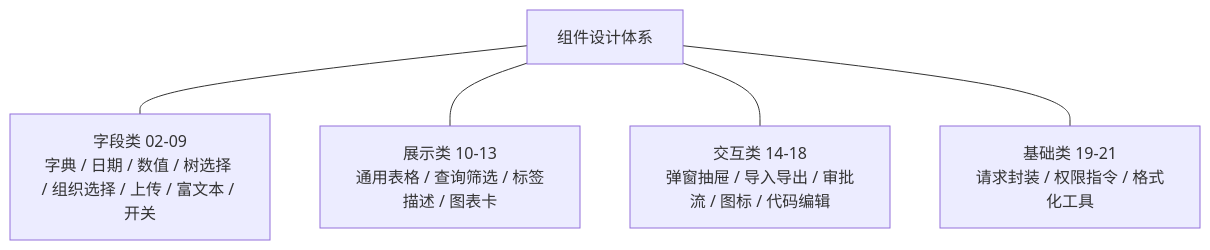
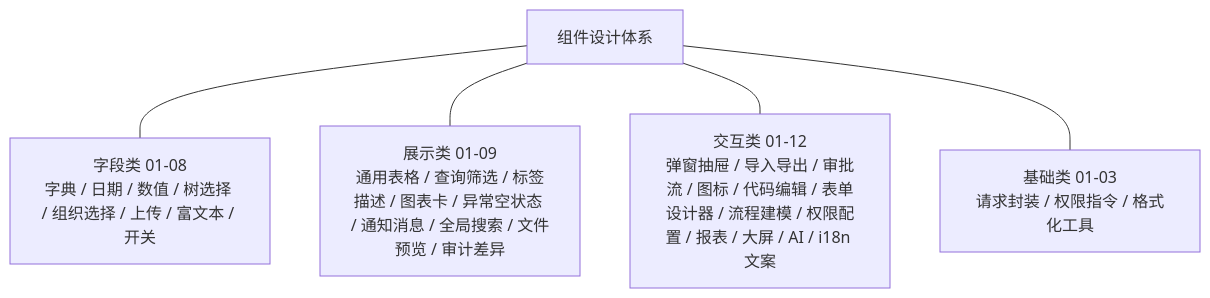
Before and after one commit to minjian123/basic-management-system: the diagram in bms文档/设计/组件设计/01_组件设计_总览.md, drawn with Mermaid. The commit also changed other lines of this file and 95 other files, not shown here.

Commit message:
docs(设计): 组件设计按四类归并（01_字段类/02_展示类/03_交互类/04_基础类）并类内重排编号，节点内旧编号引用统一改为名称+链接，同步总览/文档首页/项目规划说明/架构与概要引用；登记 12 个规划节点；新增结构迁移与引用改名脚本

````diff
--- a/bms文档/设计/组件设计/01_组件设计_总览.md
+++ b/bms文档/设计/组件设计/01_组件设计_总览.md
@@ -86,12 +102,12 @@
 ```mermaid
 graph TD
     ROOT["组件设计体系"]
-    F["字段类 02-09<br/>字典 / 日期 / 数值 / 树选择 / 组织选择 / 上传 / 富文本 / 开关"]
-    D["展示类 10-13<br/>通用表格 / 查询筛选 / 标签描述 / 图表卡"]
-    I["交互类 14-18<br/>弹窗抽屉 / 导入导出 / 审批流 / 图标 / 代码编辑"]
-    B["基础类 19-21<br/>请求封装 / 权限指令 / 格式化工具"]
+    F["字段类 01-08<br/>字典 / 日期 / 数值 / 树选择 / 组织选择 / 上传 / 富文本 / 开关"]
+    D["展示类 01-09<br/>通用表格 / 查询筛选 / 标签描述 / 图表卡 / 异常空状态 / 通知消息 / 全局搜索 / 文件预览 / 审计差异"]
+    I["交互类 01-12<br/>弹窗抽屉 / 导入导出 / 审批流 / 图标 / 代码编辑 / 表单设计器 / 流程建模 / 权限配置 / 报表 / 大屏 / AI / i18n 文案"]
+    B["基础类 01-03<br/>请求封装 / 权限指令 / 格式化工具"]
     ROOT --- F
     ROOT --- D
     ROOT --- I
     ROOT --- B
 ```
````
